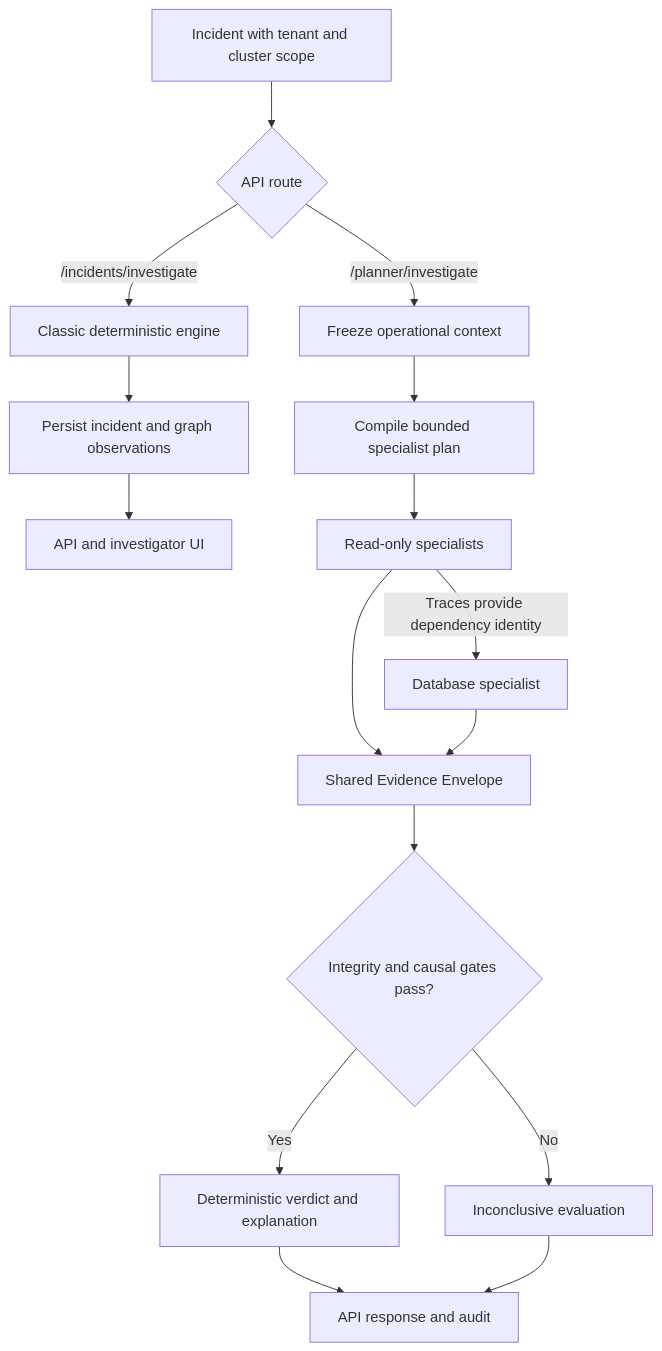
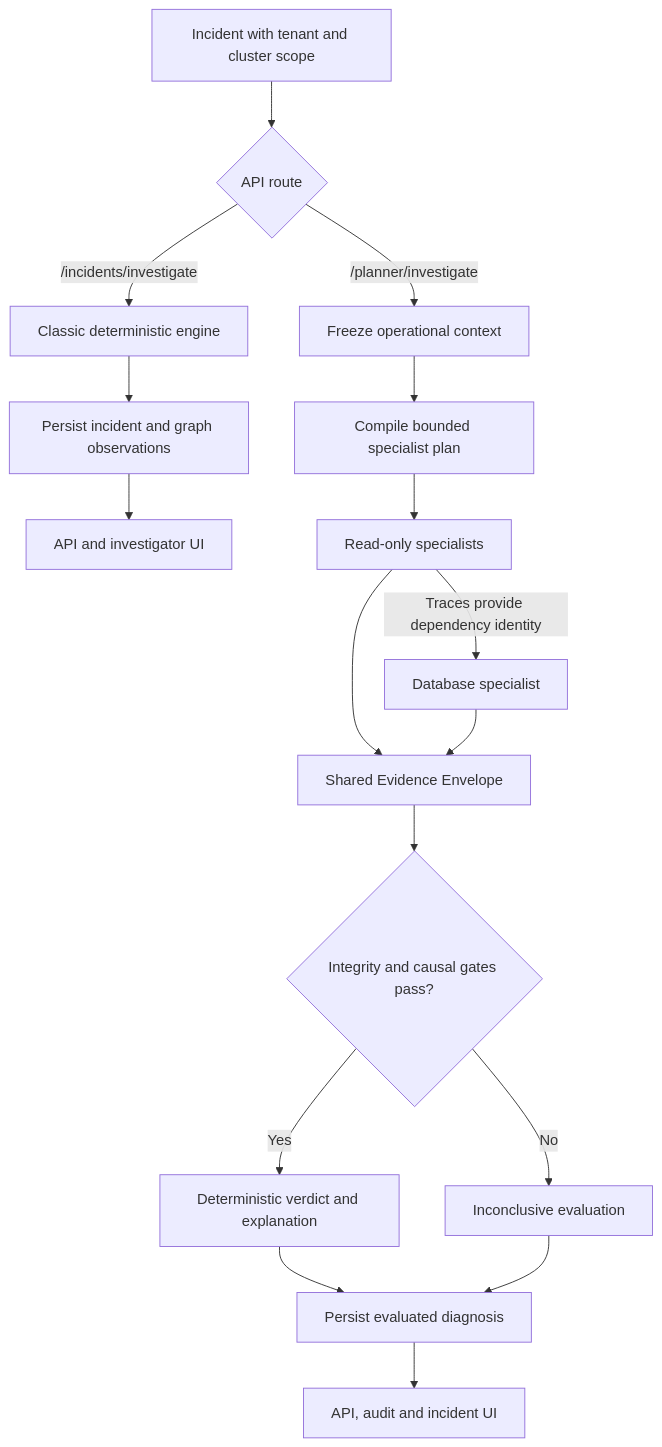
The first of 2 diagrams in README.md (marcocristofolini/ai-sre-rca), drawn with Mermaid before and after one commit. The commit also changed other lines of this file and 17 other files, not shown here.

Commit message:
feat(agentic): persist evaluated diagnoses and expose specialist decisions in UI

```diff
--- a/README.md
+++ b/README.md
@@ -73,18 +73,19 @@
 ~~~mermaid
 flowchart TD
     I["Incident with tenant and cluster scope"] --> MODE{"API route"}
     MODE -->|"/incidents/investigate"| CORE["Classic deterministic engine"]
     CORE --> SAVE["Persist incident and graph observations"]
     SAVE --> UI["API and investigator UI"]
     MODE -->|"/planner/investigate"| CTX["Freeze operational context"]
     CTX --> PLAN["Compile bounded specialist plan"]
     PLAN --> READ["Read-only specialists"]
     READ -->|"Traces provide dependency identity"| DEP["Database specialist"]
     READ --> ENV["Shared Evidence Envelope"]
     DEP --> ENV
     ENV --> VERIFY{"Integrity and causal gates pass?"}
     VERIFY -->|Yes| RESULT["Deterministic verdict and explanation"]
     VERIFY -->|No| INC["Inconclusive evaluation"]
-    RESULT --> RESP["API response and audit"]
-    INC --> RESP
+    RESULT --> PERSIST["Persist evaluated diagnosis"]
+    INC --> PERSIST
+    PERSIST --> RESP["API, audit and incident UI"]
 ~~~
```
